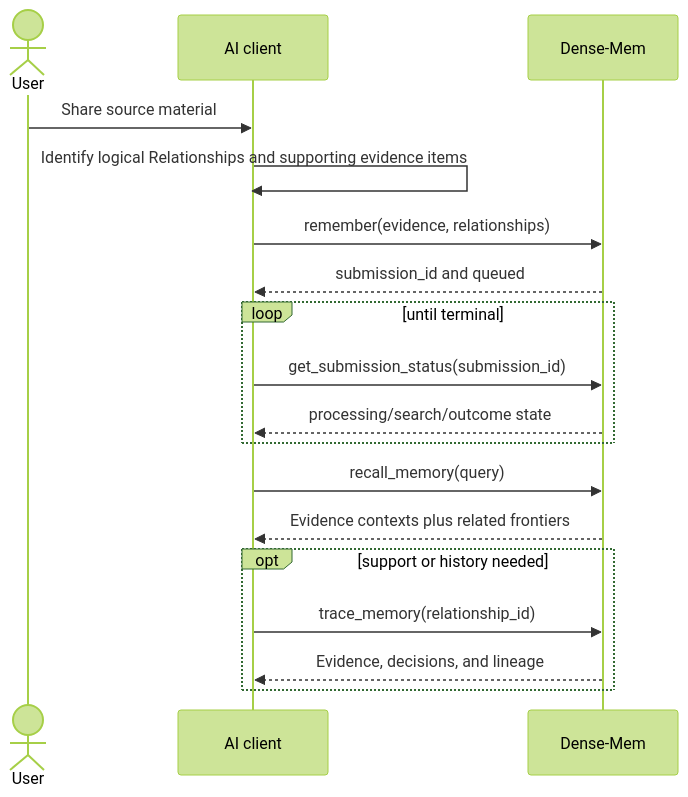
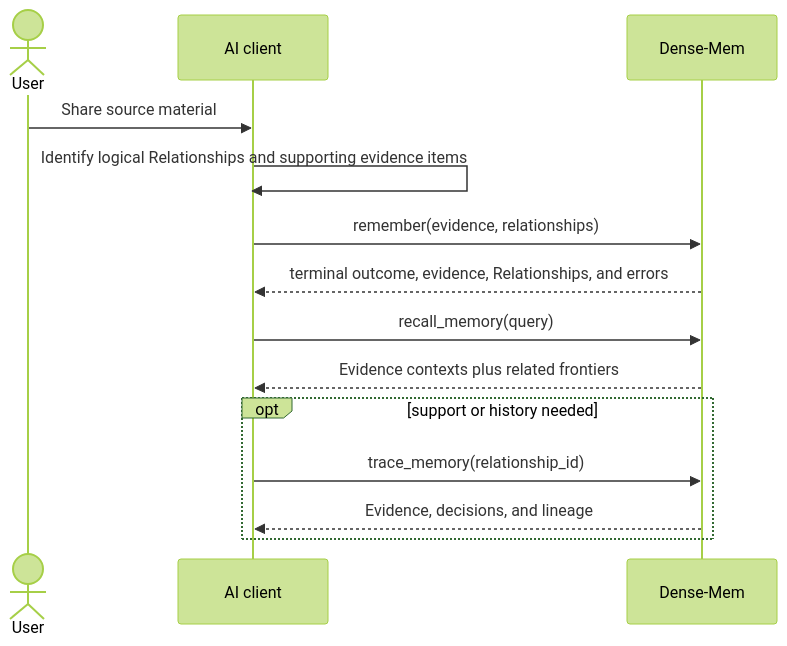
One commit to markhuangai/dense-mem changed the diagram in Using-Dense-Mem.md. Above: the diagram before and after it, drawn with Mermaid (forest theme). The commit also changed other lines of this file and 24 other files, not shown here.

```diff
--- a/Using-Dense-Mem.md
+++ b/Using-Dense-Mem.md
@@ -14,22 +14,18 @@
 ~~~mermaid
 %%{init: {"sequence": {"rightAngles": true}}}%%
 sequenceDiagram
   actor User
   participant Host as AI client
   participant DM as Dense-Mem
 
   User->>Host: Share source material
   Host->>Host: Identify logical Relationships and supporting evidence items
   Host->>DM: remember(evidence, relationships)
-  DM-->>Host: submission_id and queued
-  loop until terminal
-    Host->>DM: get_submission_status(submission_id)
-    DM-->>Host: processing/search/outcome state
-  end
+  DM-->>Host: terminal outcome, evidence, Relationships, and errors
   Host->>DM: recall_memory(query)
   DM-->>Host: Evidence contexts plus related frontiers
   opt support or history needed
     Host->>DM: trace_memory(relationship_id)
     DM-->>Host: Evidence, decisions, and lineage
   end
 ~~~
```
